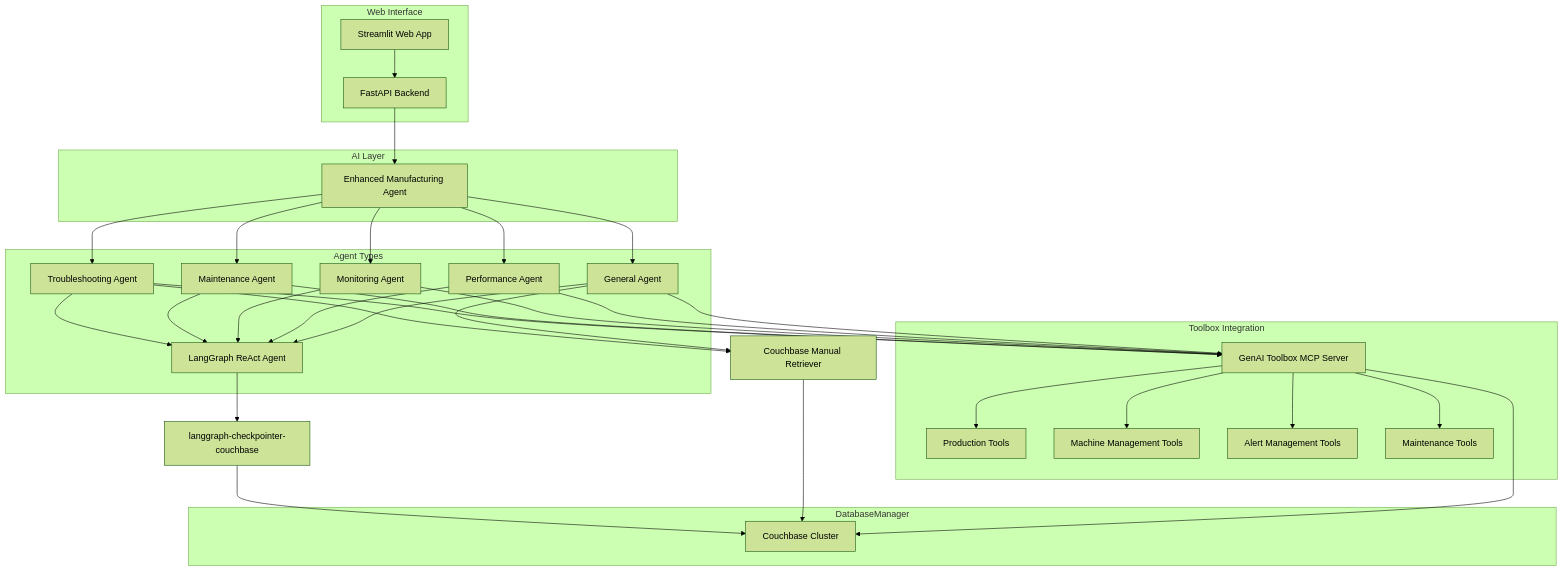
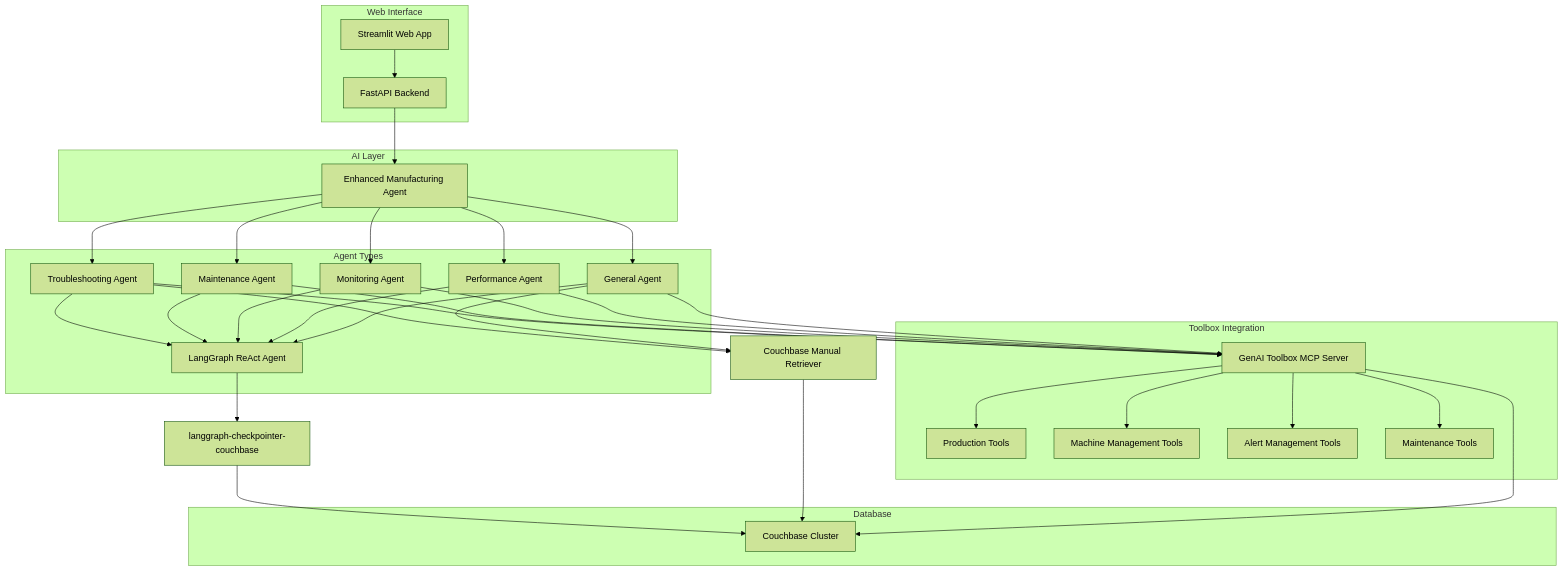
One commit to couchbase-examples/couchbase-google-mcp-toolbox-demo changed the first of 2 diagrams in README.md. Above: the diagram before and after it, drawn with Mermaid (forest theme). The commit also changed other lines of this file, not shown here.

````diff
--- a/README.md
+++ b/README.md
@@ -20,50 +18,50 @@
 ```mermaid
 graph TB
     subgraph "Web Interface"
         A[Streamlit Web App] --> B[FastAPI Backend]
     end
     
     subgraph "AI Layer"
         B --> C[Enhanced Manufacturing Agent]
     end
     
     subgraph "Agent Types"
         F[Troubleshooting Agent] --> G[LangGraph ReAct Agent]
         H[Maintenance Agent] --> G
         I[Monitoring Agent] --> G
         J[Performance Agent] --> G
         K[General Agent] --> G
     end
     
-    subgraph "DatabaseManager"
+    subgraph "Database"
         L[Couchbase Cluster]
     end
     
     subgraph "Toolbox Integration"
         D[GenAI Toolbox MCP Server] --> Q[Production Tools]
         D --> R[Machine Management Tools]
         D --> S[Alert Management Tools]
         D --> T[Maintenance Tools]
     end
     
     C --> F
     C --> H
     C --> I
     C --> J
     C --> K
     G --> U[langgraph-checkpointer-couchbase]
     U --> L 
     E[Couchbase Manual Retriever] --> L
     D --> L
 
     %% Agents access toolsets via MCP server
     F --> D
     H --> D
     I --> D
     J --> D
     K --> D
 
     %% Manual search available only to troubleshooting and general agents
     F --> E
     K --> E
 ```
````
